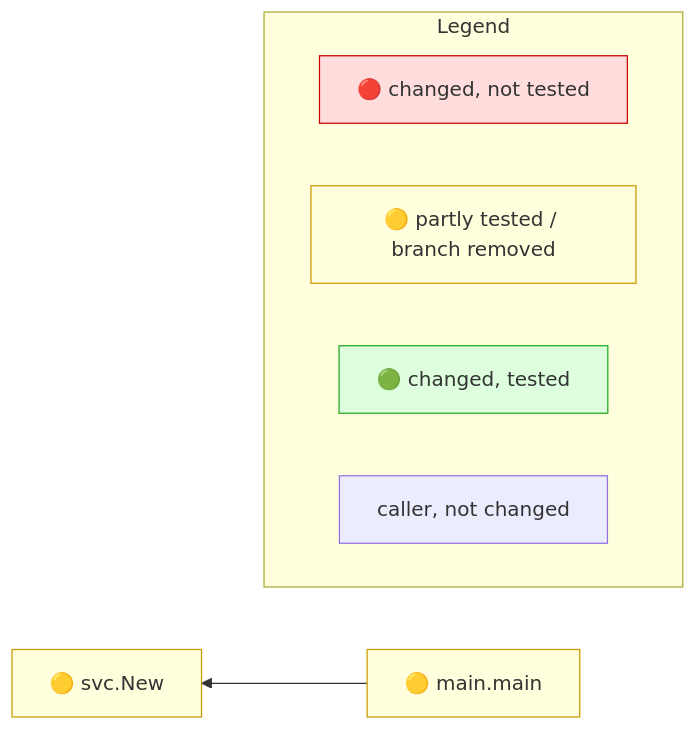
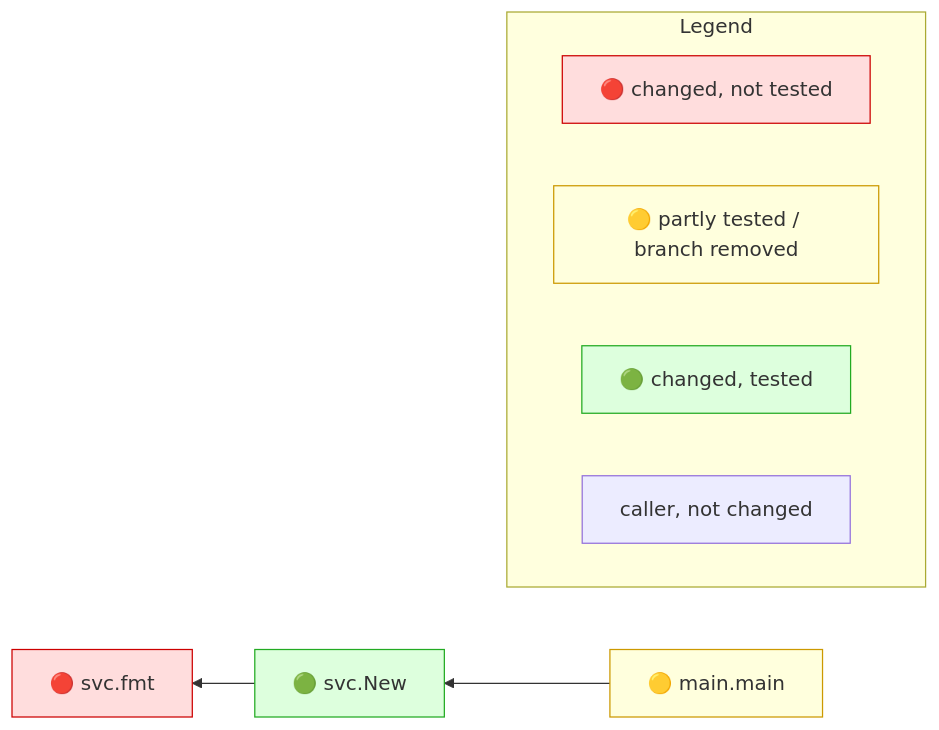
The diagram in testdata/e2e/new_subtree/expected.golden.md (Kevinbarrero/mr-impact), drawn with Mermaid before and after one commit. The commit also changed other lines of this file and 4 other files, not shown here.

````diff
--- a/testdata/e2e/new_subtree/expected.golden.md
+++ b/testdata/e2e/new_subtree/expected.golden.md
@@ -24,16 +24,18 @@
 ```mermaid
 flowchart RL
-  n0["🟡 svc.New"]:::yellow
+  n0["🔴 svc.fmt"]:::red
   n1["🟡 main.main"]:::yellow
-  n1 --> n0
+  n2["🟢 svc.New"]:::green
+  n2 --> n0
+  n1 --> n2
   subgraph legend ["Legend"]
     direction LR
     lr["🔴 changed, not tested"]:::red
     ly["🟡 partly tested / branch removed"]:::yellow
     lg["🟢 changed, tested"]:::green
     lc["caller, not changed"]
   end
   classDef red fill:#fdd,stroke:#c00
   classDef yellow fill:#ffd,stroke:#c90
   classDef green fill:#dfd,stroke:#2a2
 ```
````
